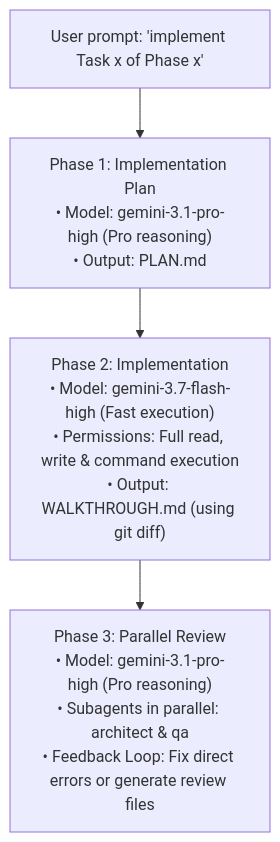
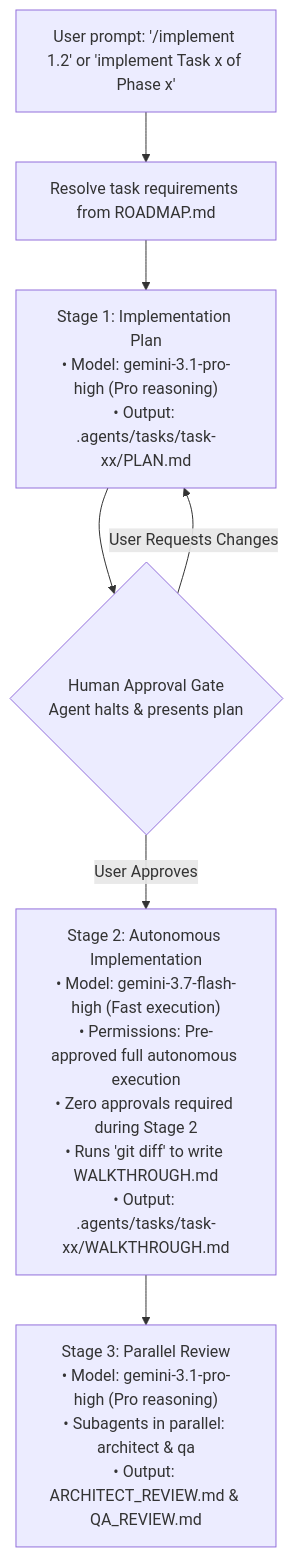
One commit to aiagentspoc/mcp-server changed the diagram in AGENTS.md. Above: the diagram before and after it, drawn with Mermaid. The commit also changed other lines of this file and 5 other files, not shown here.

Commit message:
chore(workflow): update automated task execution workflows, skills, and agent rules

````diff
--- a/AGENTS.md
+++ b/AGENTS.md
@@ -38,6 +41,9 @@
 ```mermaid
 flowchart TD
-    Trigger["User prompt: 'implement Task x of Phase x'"] --> Phase1["Phase 1: Implementation Plan<br/>• Model: gemini-3.1-pro-high (Pro reasoning)<br/>• Output: PLAN.md"]
-    Phase1 --> Phase2["Phase 2: Implementation<br/>• Model: gemini-3.7-flash-high (Fast execution)<br/>• Permissions: Full read, write & command execution<br/>• Output: WALKTHROUGH.md (using git diff)"]
-    Phase2 --> Phase3["Phase 3: Parallel Review<br/>• Model: gemini-3.1-pro-high (Pro reasoning)<br/>• Subagents in parallel: architect & qa<br/>• Feedback Loop: Fix direct errors or generate review files"]
+    Trigger["User prompt: '/implement 1.2' or 'implement Task x of Phase x'"] --> Resolve["Resolve task requirements from ROADMAP.md"]
+    Resolve --> Stage1["Stage 1: Implementation Plan<br/>• Model: gemini-3.1-pro-high (Pro reasoning)<br/>• Output: .agents/tasks/task-xx/PLAN.md"]
+    Stage1 --> Gate{"Human Approval Gate<br/>Agent halts & presents plan"}
+    Gate -->|User Approves| Stage2["Stage 2: Autonomous Implementation<br/>• Model: gemini-3.7-flash-high (Fast execution)<br/>• Permissions: Pre-approved full autonomous execution<br/>• Zero approvals required during Stage 2<br/>• Runs 'git diff' to write WALKTHROUGH.md<br/>• Output: .agents/tasks/task-xx/WALKTHROUGH.md"]
+    Gate -->|User Requests Changes| Stage1
+    Stage2 --> Stage3["Stage 3: Parallel Review<br/>• Model: gemini-3.1-pro-high (Pro reasoning)<br/>• Subagents in parallel: architect & qa<br/>• Output: ARCHITECT_REVIEW.md & QA_REVIEW.md"]
 ```
````
